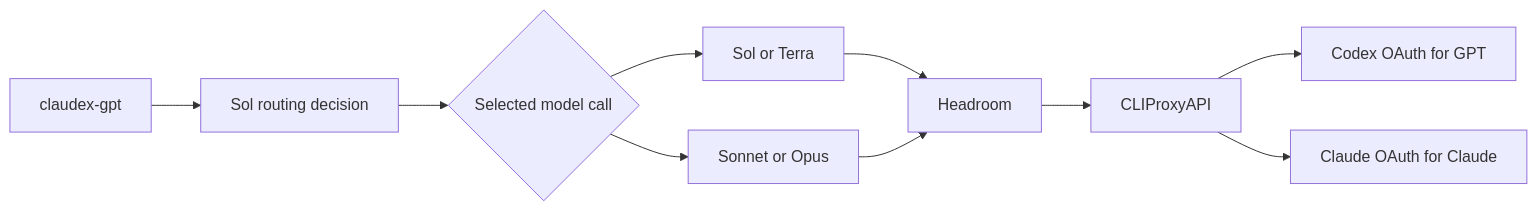
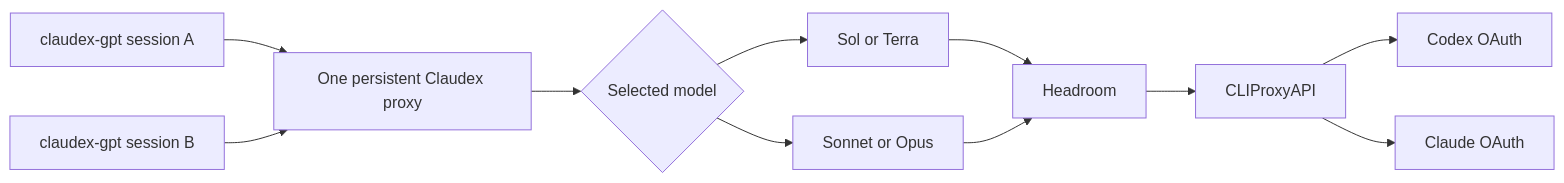
One commit to orichum/claudex-workflow changed the first of 5 diagrams in README.md. Above: the diagram before and after it, drawn with Mermaid. The commit also changed other lines of this file and 12 other files, not shown here.

Commit message:
Add persistent shared Claudex proxy

````diff
--- a/README.md
+++ b/README.md
@@ -18,12 +18,13 @@
 ```mermaid
 flowchart LR
-    Start["claudex-gpt"] --> Controller["Sol routing decision"]
-    Controller --> Model{"Selected model call"}
+    SessionA["claudex-gpt session A"] --> Translation["One persistent Claudex proxy"]
+    SessionB["claudex-gpt session B"] --> Translation
+    Translation --> Model{"Selected model"}
     Model --> GPT["Sol or Terra"]
     Model --> Claude["Sonnet or Opus"]
     GPT --> Headroom["Headroom"]
     Claude --> Headroom
-    Headroom --> Proxy["CLIProxyAPI"]
-    Proxy --> Codex["Codex OAuth for GPT"]
-    Proxy --> ClaudeAuth["Claude OAuth for Claude"]
+    Headroom --> API["CLIProxyAPI"]
+    API --> Codex["Codex OAuth"]
+    API --> ClaudeAuth["Claude OAuth"]
 ```
````
